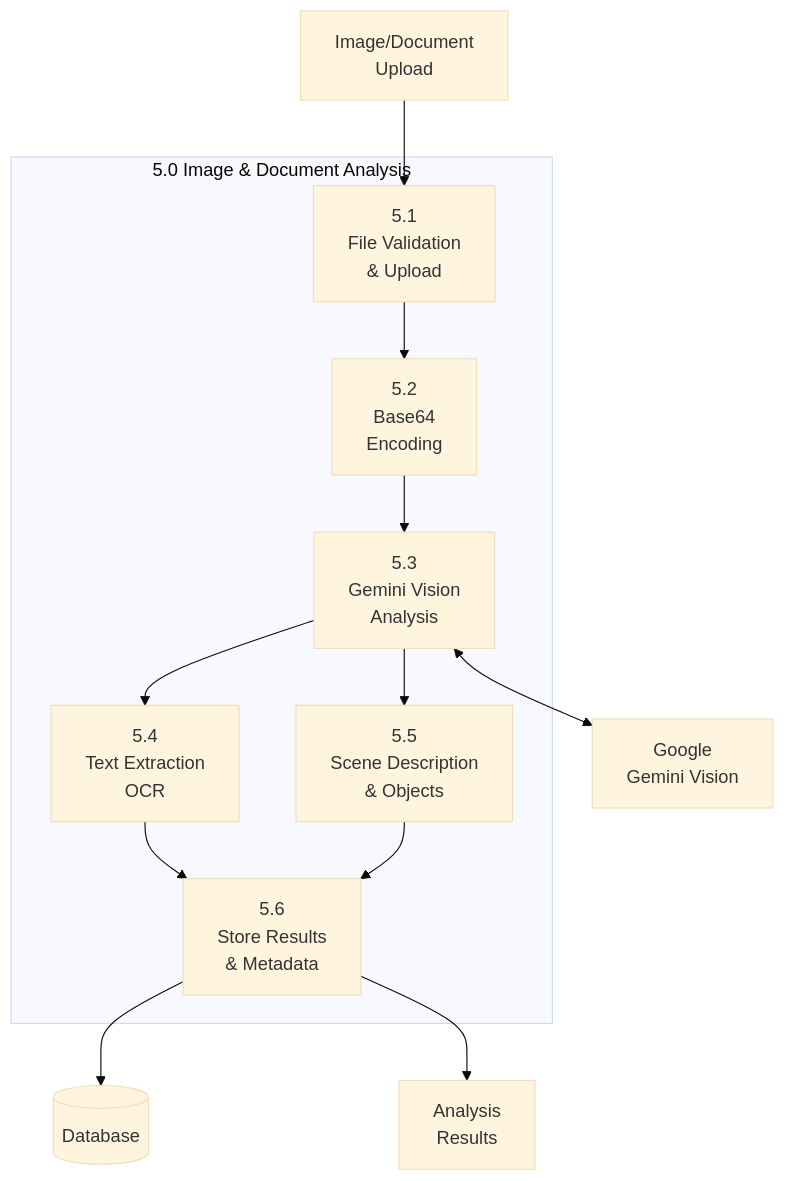
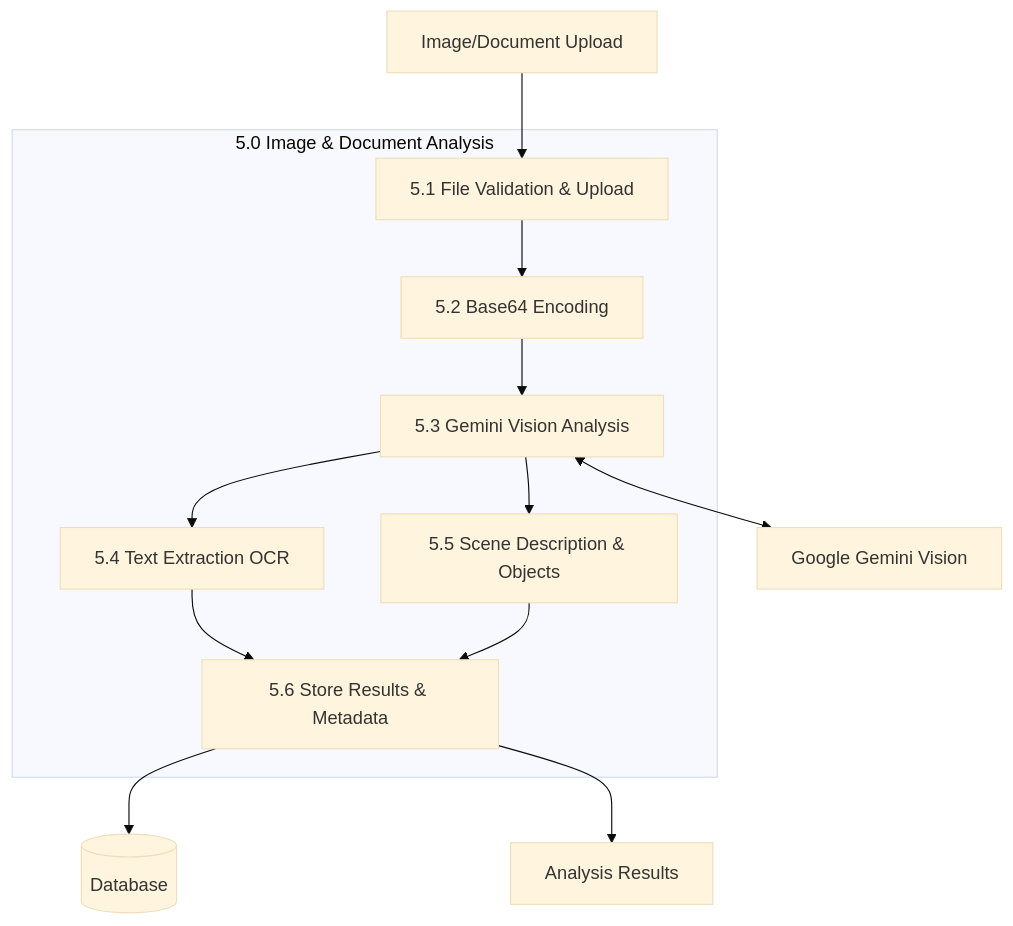
Before and after one commit to himanshuraimau/Kuma: the eighth of 8 diagrams in docss/arch.docs.md, drawn with Mermaid (base theme). The commit also changed other lines of this file and 3 other files, not shown here.

Commit message:
docs: Condense multi-line mermaid diagram labels to single lines for improved readability.

````diff
--- a/docss/arch.docs.md
+++ b/docss/arch.docs.md
@@ -289,28 +289,28 @@
 ```mermaid
 flowchart TB
-    ImageInput[Image/Document\nUpload]
+    ImageInput[Image/Document Upload]
     
     subgraph ImageProcessing["5.0 Image & Document Analysis"]
-        Validate[5.1\nFile Validation\n& Upload]
-        Encode[5.2\nBase64\nEncoding]
-        Vision[5.3\nGemini Vision\nAnalysis]
-        OCR[5.4\nText Extraction\nOCR]
-        Scene[5.5\nScene Description\n& Objects]
-        Store[5.6\nStore Results\n& Metadata]
+        Validate[5.1 File Validation & Upload]
+        Encode[5.2 Base64 Encoding]
+        Vision[5.3 Gemini Vision Analysis]
+        OCR[5.4 Text Extraction OCR]
+        Scene[5.5 Scene Description & Objects]
+        Store[5.6 Store Results & Metadata]
     end
     
     DB[(Database)]
-    GeminiAPI[Google\nGemini Vision]
-    Output[Analysis\nResults]
+    GeminiAPI[Google Gemini Vision]
+    Output[Analysis Results]
     
     ImageInput --> Validate
     Validate --> Encode
     Encode --> Vision
     Vision <--> GeminiAPI
     Vision --> OCR
     Vision --> Scene
     OCR --> Store
     Scene --> Store
     Store --> DB
     Store --> Output
 ```
````
